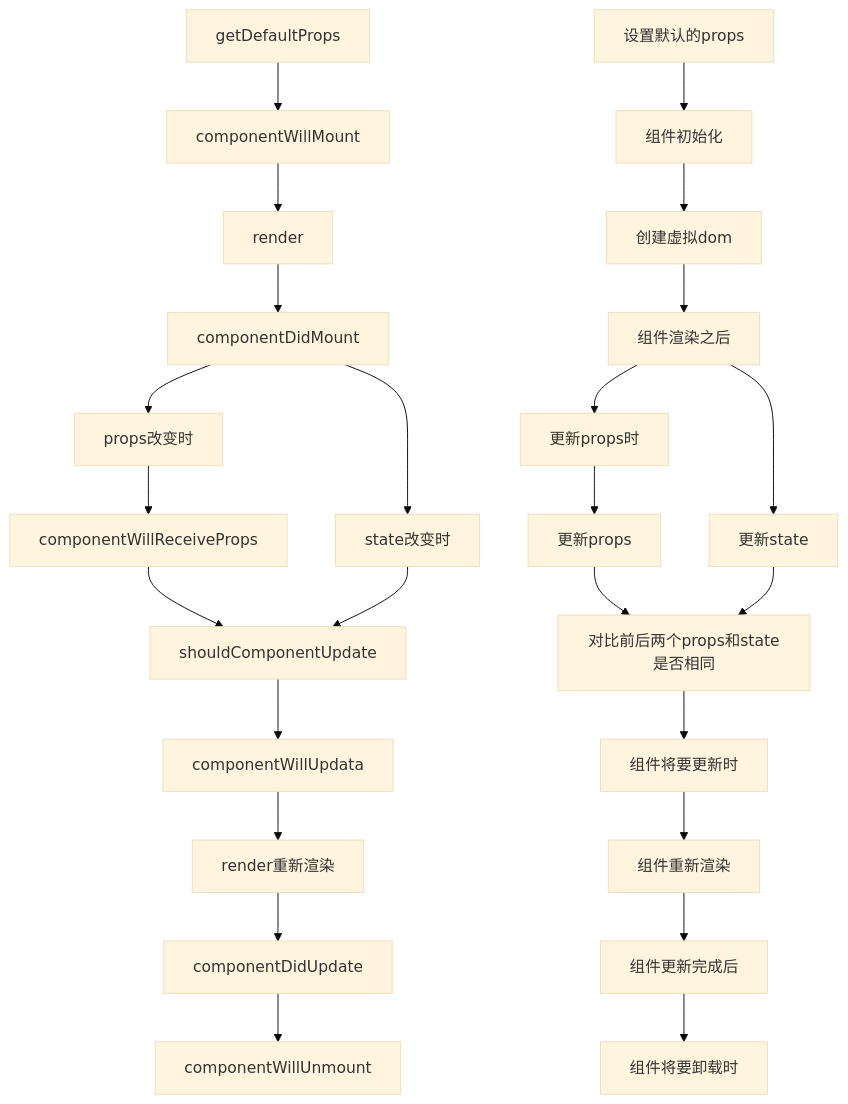
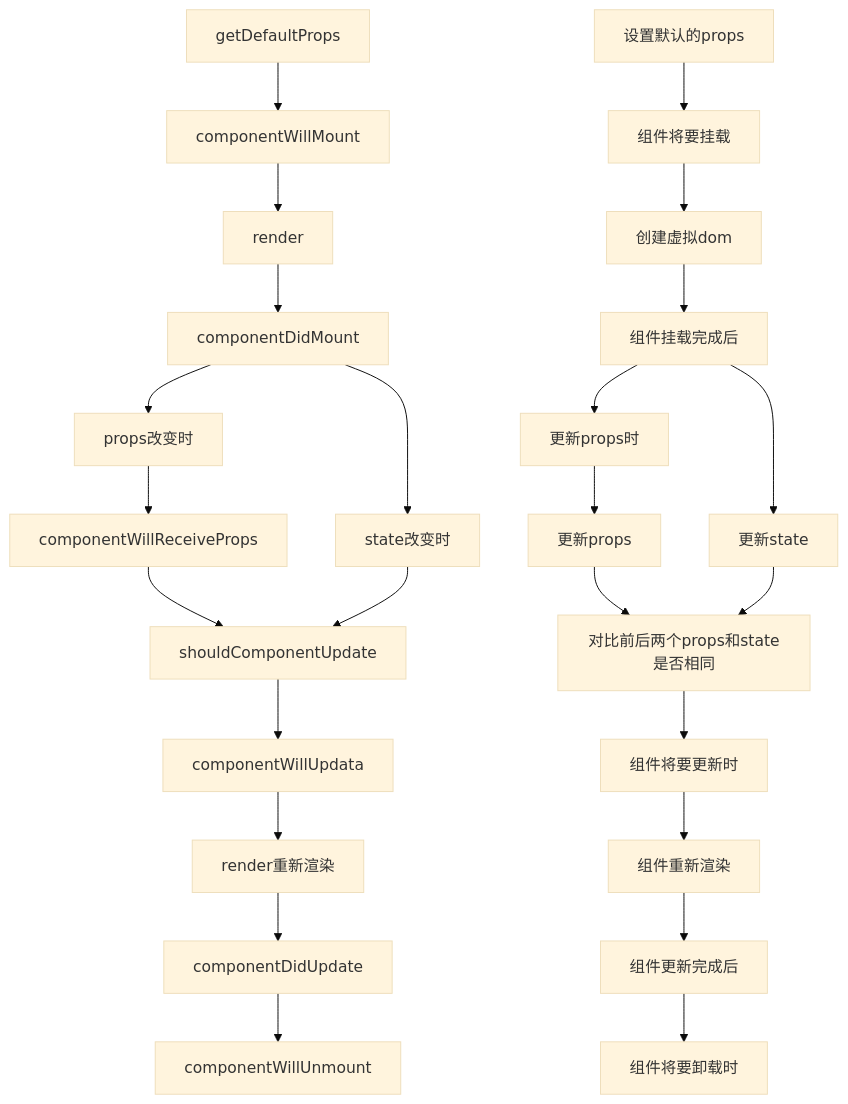
Before and after one commit to wly130/notes: the diagram in 笔记/前端/框架/React.md, drawn with Mermaid (base theme). The commit also changed other lines of this file and 5 other files, not shown here.

````diff
--- a/笔记/前端/框架/React.md
+++ b/笔记/前端/框架/React.md
@@ -533,32 +544,32 @@
 ```mermaid
 graph TD;
 	getDefaultProps-->
 	componentWillMount-->
 	render-->
 	componentDidMount-->
 	props改变时-->
 	componentWillReceiveProps-->
 	shouldComponentUpdate
 	componentDidMount-->
 	state改变时-->
 	shouldComponentUpdate-->
 	componentWillUpdata-->
 	render重新渲染-->
 	componentDidUpdate-->
 	componentWillUnmount;
 	
 	设置默认的props-->
-	组件初始化-->
+	组件将要挂载-->
 	创建虚拟dom-->
-	组件渲染之后-->
+	组件挂载完成后-->
 	更新props时-->
 	更新props-->
 	对比前后两个props和state是否相同
-	组件渲染之后-->
+	组件挂载完成后-->
 	更新state-->
 	对比前后两个props和state是否相同-->
 	组件将要更新时-->
 	组件重新渲染-->
 	组件更新完成后-->
 	组件将要卸载时;
 ```
````
